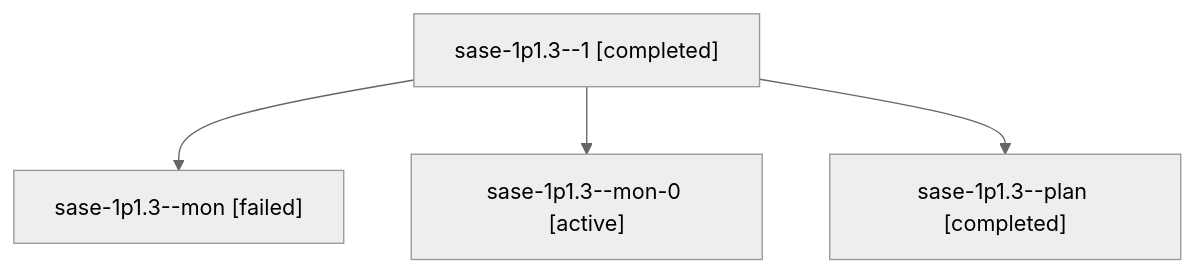
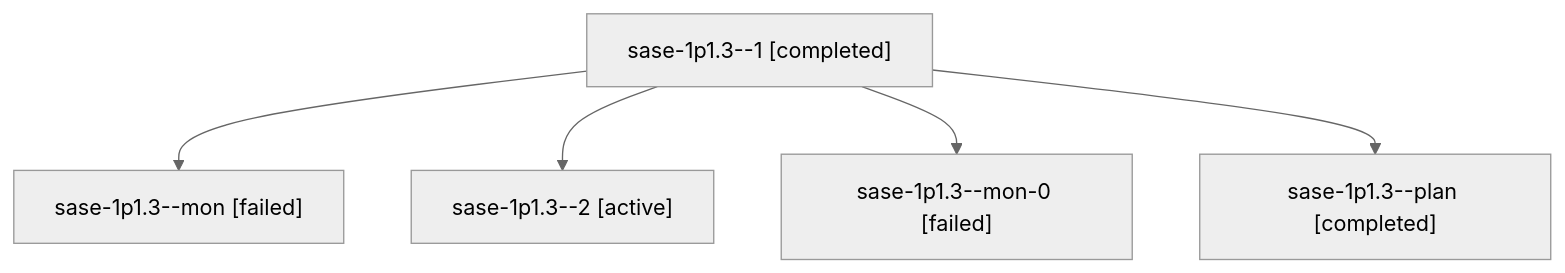
The diagram in sessions/bbugyi200.athena.sase-1p1.3.md (sase-org/sase--agents), drawn with Mermaid (neutral theme) before and after one commit. The commit also changed other lines of this file and 58 other files, not shown here.

````diff
--- a/sessions/bbugyi200.athena.sase-1p1.3.md
+++ b/sessions/bbugyi200.athena.sase-1p1.3.md
@@ -9,10 +9,12 @@
 ```mermaid
 flowchart TD
   n0["sase-1p1.3--1 [completed]"]
   n1["sase-1p1.3--mon [failed]"]
   n0 --> n1
-  n2["sase-1p1.3--mon-0 [active]"]
+  n2["sase-1p1.3--2 [active]"]
   n0 --> n2
-  n3["sase-1p1.3--plan [completed]"]
+  n3["sase-1p1.3--mon-0 [failed]"]
   n0 --> n3
+  n4["sase-1p1.3--plan [completed]"]
+  n0 --> n4
 ```
````
